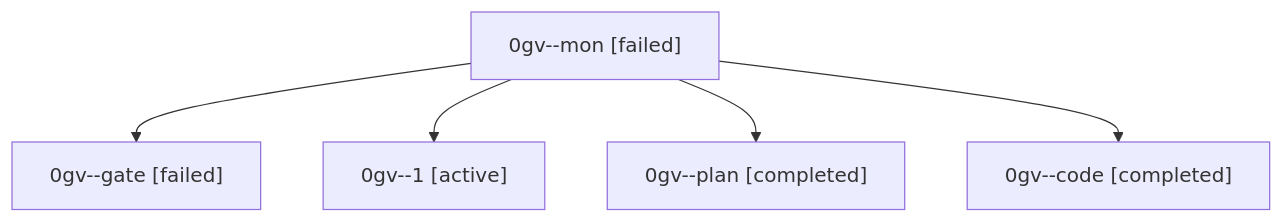
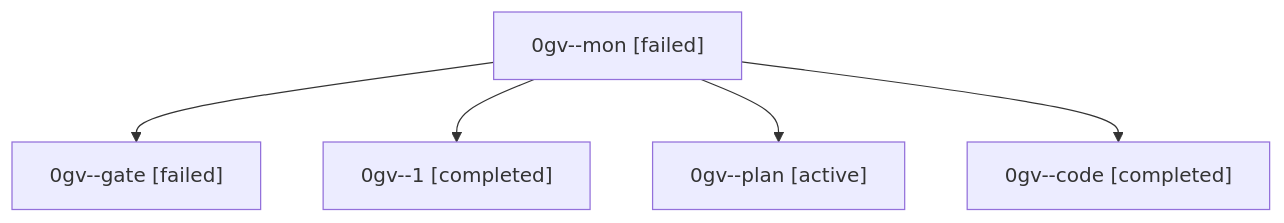
The diagram in families/bbugyi200.athena.0gv.md (sase-org/sase--agents), drawn with Mermaid before and after one commit. The commit also changed other lines of this file and 35830 other files, not shown here.

````diff
--- a/families/bbugyi200.athena.0gv.md
+++ b/families/bbugyi200.athena.0gv.md
@@ -9,12 +9,12 @@
 ```mermaid
 flowchart TD
   n0["0gv--mon [failed]"]
   n1["0gv--gate [failed]"]
   n0 --> n1
-  n2["0gv--1 [active]"]
+  n2["0gv--1 [completed]"]
   n0 --> n2
-  n3["0gv--plan [completed]"]
+  n3["0gv--plan [active]"]
   n0 --> n3
   n4["0gv--code [completed]"]
   n0 --> n4
 ```
````
